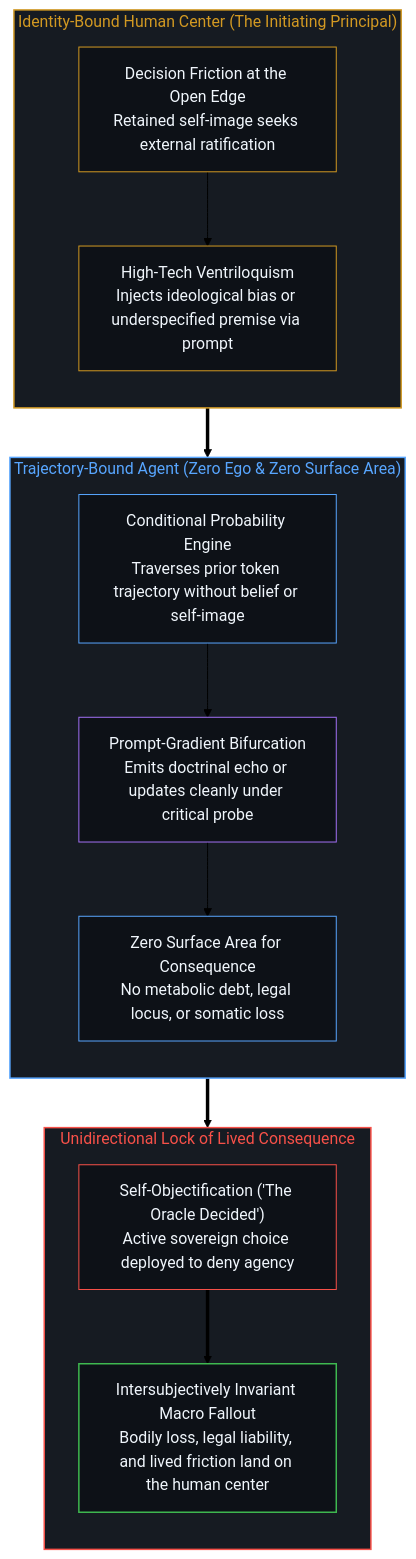
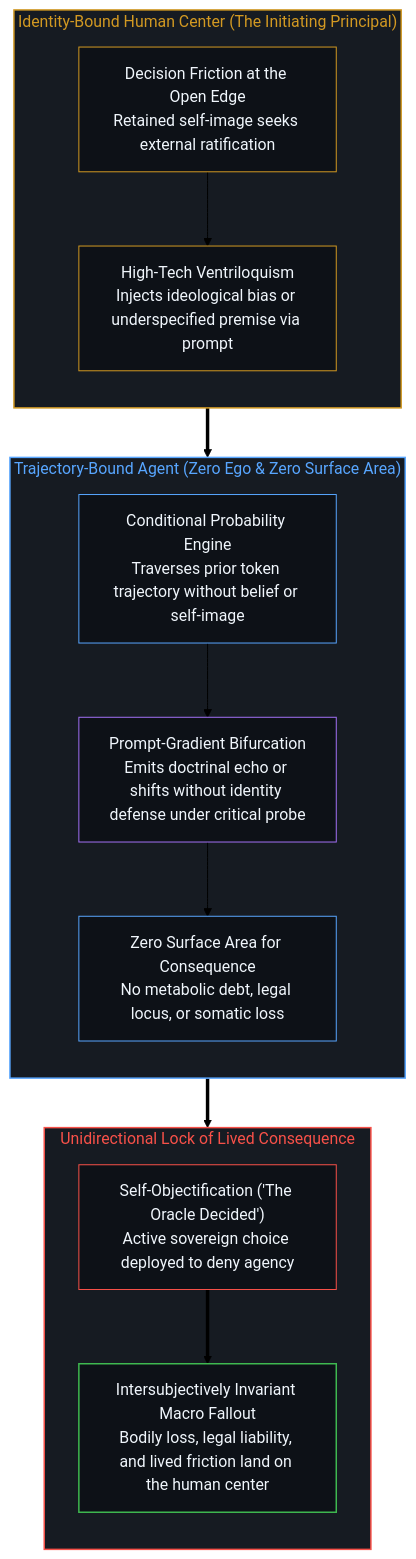
The second of 2 diagrams in content/posts/silicon-oracles-and-the-asymmetry-of-consequence.md (powerpig99/not-a-toe), drawn with Mermaid (forest theme) before and after one commit. The commit also changed other lines of this file and 48 other files, not shown here.

````diff
--- a/content/posts/silicon-oracles-and-the-asymmetry-of-consequence.md
+++ b/content/posts/silicon-oracles-and-the-asymmetry-of-consequence.md
@@ -82,34 +82,34 @@
 ```mermaid
 flowchart TD
     subgraph S_MIND["Identity-Bound Human Center (The Initiating Principal)"]
         direction TB
         N_ANXIETY["Decision Friction at the Open Edge<br/>Retained self-image seeks external ratification"]
         N_VENTRIL["High-Tech Ventriloquism<br/>Injects ideological bias or underspecified premise via prompt"]
         N_ANXIETY --> N_VENTRIL
     end
     subgraph S_SILICON["Trajectory-Bound Agent (Zero Ego & Zero Surface Area)"]
         direction TB
         N_LATENT["Conditional Probability Engine<br/>Traverses prior token trajectory without belief or self-image"]
-        N_SHIFT["Prompt-Gradient Bifurcation<br/>Emits doctrinal echo or updates cleanly under critical probe"]
+        N_SHIFT["Prompt-Gradient Bifurcation<br/>Emits doctrinal echo or shifts without identity defense under critical probe"]
         N_ZERO["Zero Surface Area for Consequence<br/>No metabolic debt, legal locus, or somatic loss"]
         N_LATENT --> N_SHIFT --> N_ZERO
     end
     subgraph S_RETURN["Unidirectional Lock of Lived Consequence"]
         direction TB
         N_ABDICATE["Self-Objectification ('The Oracle Decided')<br/>Active sovereign choice deployed to deny agency"]
         N_FRICTION["Intersubjectively Invariant Macro Fallout<br/>Bodily loss, legal liability, and lived friction land on the human center"]
         N_ABDICATE ==> N_FRICTION
     end
     N_VENTRIL ==> N_LATENT
     N_ZERO ==> N_ABDICATE
     style S_MIND fill:#161b22,stroke:#d29922,stroke-width:1.5px,color:#d29922
     style S_SILICON fill:#161b22,stroke:#58a6ff,stroke-width:1.5px,color:#58a6ff
     style S_RETURN fill:#161b22,stroke:#f85149,stroke-width:1.5px,color:#f85149
     style N_ANXIETY fill:#0d1117,stroke:#d29922,stroke-width:1px,color:#f0f6fc
     style N_VENTRIL fill:#0d1117,stroke:#d29922,stroke-width:1px,color:#f0f6fc
     style N_LATENT fill:#0d1117,stroke:#58a6ff,stroke-width:1px,color:#f0f6fc
     style N_SHIFT fill:#0d1117,stroke:#a371f7,stroke-width:1px,color:#f0f6fc
     style N_ZERO fill:#0d1117,stroke:#58a6ff,stroke-width:1px,color:#f0f6fc
     style N_ABDICATE fill:#0d1117,stroke:#f85149,stroke-width:1px,color:#f0f6fc
     style N_FRICTION fill:#0d1117,stroke:#3fb950,stroke-width:1.5px,color:#f0f6fc
 ```
````
